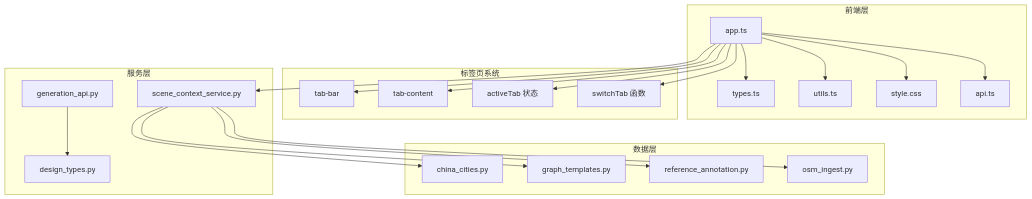
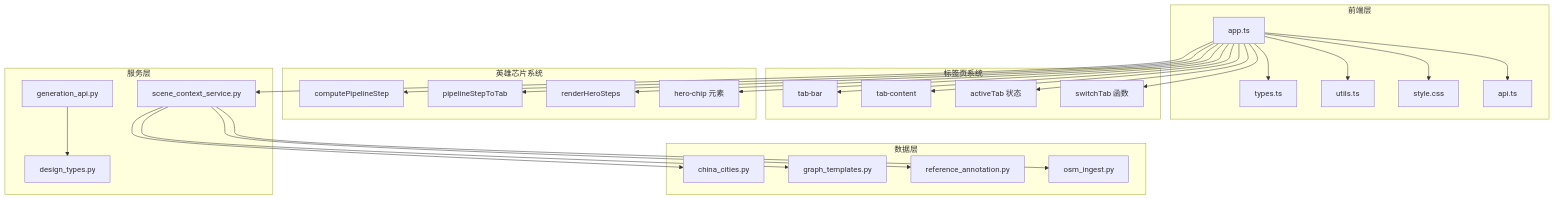
Diagram 19 of 19 in .qoder/repowiki/zh/content/Web界面系统/工作台界面/场景设置面板.md (wsqstar/RoadGen3D), drawn with Mermaid before and after one commit. The commit also changed other lines of this file and 13 other files, not shown here.

First line of the commit message:
feat(workbench): add hero chip step indicator and enhance tab system

````diff
--- a/.qoder/repowiki/zh/content/Web界面系统/工作台界面/场景设置面板.md
+++ b/.qoder/repowiki/zh/content/Web界面系统/工作台界面/场景设置面板.md
@@ -505,41 +651,51 @@
 ```mermaid
 graph TB
 subgraph "前端层"
 A[app.ts]
 B[types.ts]
 C[utils.ts]
 D[style.css]
 E[api.ts]
 end
 subgraph "标签页系统"
 F[tab-bar]
 G[tab-content]
 H[activeTab 状态]
 I[switchTab 函数]
 end
+subgraph "英雄芯片系统"
+J[computePipelineStep]
+K[pipelineStepToTab]
+L[renderHeroSteps]
+M[hero-chip 元素]
+end
 subgraph "服务层"
-J[scene_context_service.py]
-K[generation_api.py]
-L[design_types.py]
+N[scene_context_service.py]
+O[generation_api.py]
+P[design_types.py]
 end
 subgraph "数据层"
-M[china_cities.py]
-N[graph_templates.py]
-O[reference_annotation.py]
-P[osm_ingest.py]
+Q[china_cities.py]
+R[graph_templates.py]
+S[reference_annotation.py]
+T[osm_ingest.py]
 end
 A --> B
 A --> C
 A --> D
 A --> E
 A --> F
 A --> G
 A --> H
 A --> I
 A --> J
-J --> M
-J --> N
-J --> O
-J --> P
-K --> L
+A --> K
+A --> L
+A --> M
+A --> N
+N --> T
+N --> Q
+N --> R
+N --> S
+O --> P
 ```
````
